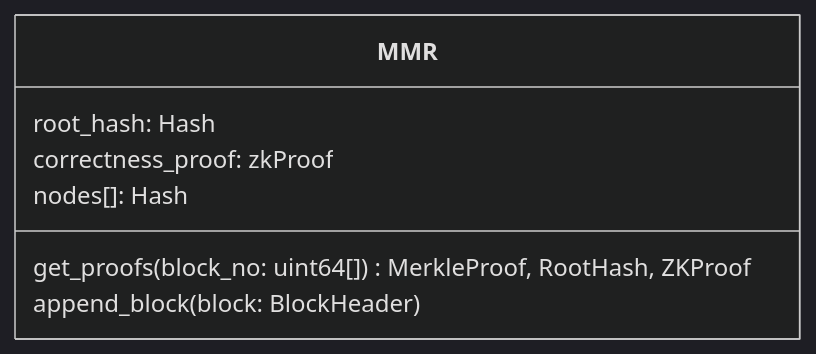
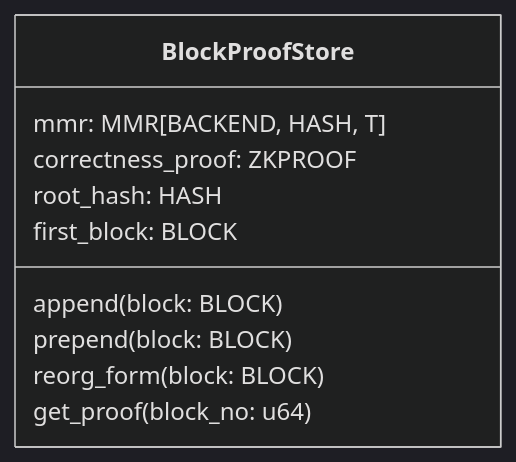
One commit to vlayer-xyz/vlayer changed the third of 3 diagrams in book/src/appendix/architecture/block_proof.md. Above: the diagram before and after it, drawn with Mermaid. The commit also changed other lines of this file, not shown here.

````diff
--- a/book/src/appendix/architecture/block_proof.md
+++ b/book/src/appendix/architecture/block_proof.md
@@ -75,12 +127,15 @@
 ```mermaid
 %%{init: {'theme':'dark'}}%%
 classDiagram
 
-class MMR {
-    root_hash: Hash
-    correctness_proof: zkProof
-    nodes[]: Hash
-    get_proofs(block_no: uint64[]) MerkleProof, RootHash, ZKProof
-    append_block(block: BlockHeader)
+class BlockProofStore {
+    mmr: MMR[BACKEND, HASH, T]
+    correctness_proof: ZKPROOF
+    root_hash: HASH
+    first_block: BLOCK
+    append(block: BLOCK)
+    prepend(block: BLOCK)
+    reorg_form(block: BLOCK)
+    get_proof(block_no: u64)
 }
 ```
````
